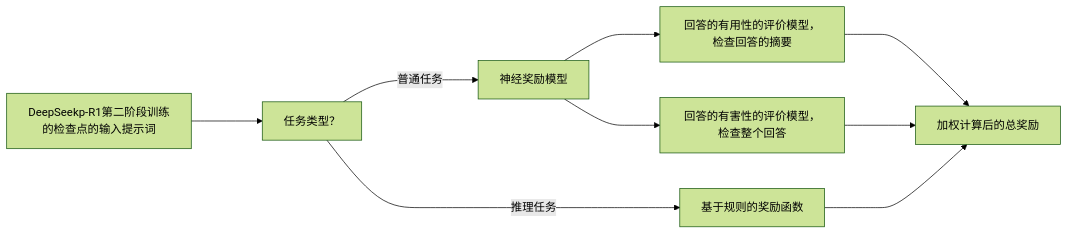
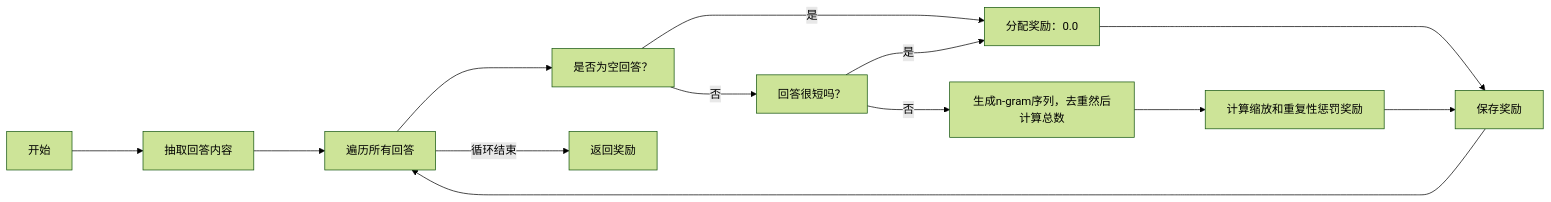
One commit to confucianzuoyuan/rl-tutorial changed the diagram in test.md. Above: the diagram before and after it, drawn with Mermaid (forest theme). The commit also changed 1 other file, not shown here.

````diff
--- a/test.md
+++ b/test.md
@@ -1,10 +1,7 @@
 ```mermaid
 graph LR
-    A["DeepSeekp-R1第二阶段训练的检查点的输入提示词"] ---> B["任务类型？"] -- 普通任务 ---> C["神经奖励模型"]
-    B -- 推理任务 ---> G["基于规则的奖励函数"]
-    C ---> D["回答的有用性的评价模型，检查回答的摘要"]
-    C ---> F["回答的有害性的评价模型，检查整个回答"]
-    D ---> H["加权计算后的总奖励"]
-    F ---> H
-    G ---> H
+    A["开始"] ---> B["抽取回答内容"] ---> C["遍历所有回答"] ---> D["是否为空回答？"] -- 是 ---> E["分配奖励：0.0"] ---> F["保存奖励"] ---> C
+    D -- 否 ---> G["回答很短吗？"] -- 是 ---> E
+    G -- 否 ---> H["生成n-gram序列，去重然后计算总数"] ---> I["计算缩放和重复性惩罚奖励"] ---> F
+    C -- 循环结束 ---> J["返回奖励"]
 ```
````
